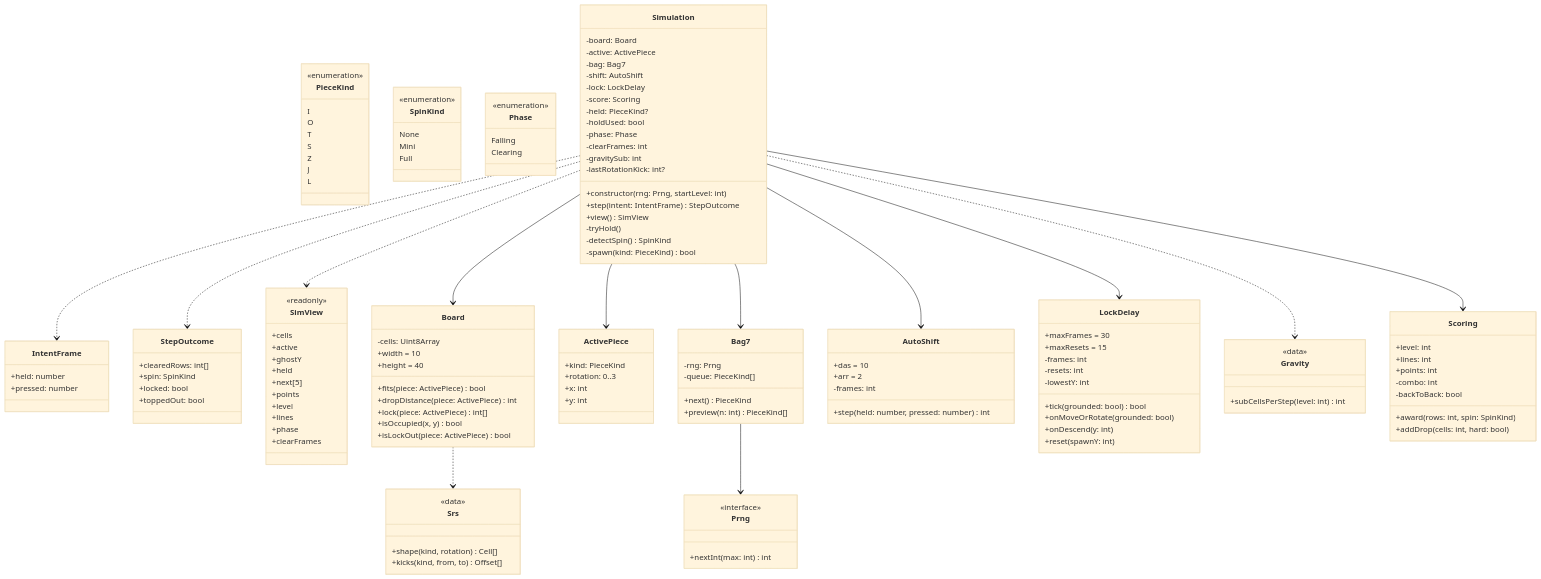
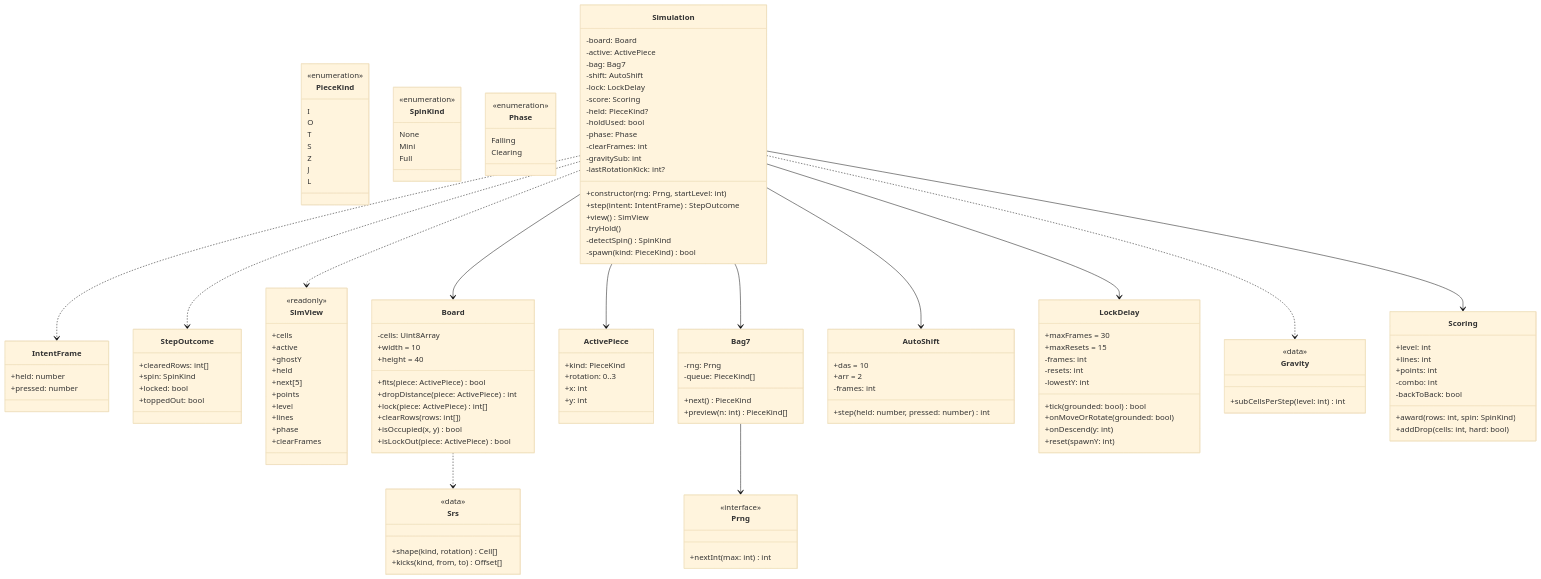
One commit to benoit-bremaud/retro-blocks changed the diagram in docs/architecture/diagrams/system/02-class.md. Above: the diagram before and after it, drawn with Mermaid (base theme). The commit also changed other lines of this file, not shown here.

Commit message:
docs(uml): add Board.clearRows and spawn rule

```diff
--- a/docs/architecture/diagrams/system/02-class.md
+++ b/docs/architecture/diagrams/system/02-class.md
@@ -80,6 +80,7 @@
     +fits(piece: ActivePiece) bool
     +dropDistance(piece: ActivePiece) int
     +lock(piece: ActivePiece) int[]
+    +clearRows(rows: int[])
     +isOccupied(x, y) bool
     +isLockOut(piece: ActivePiece) bool
   }
```
